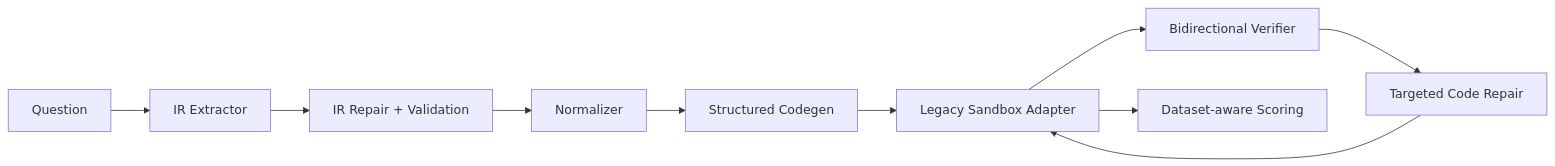
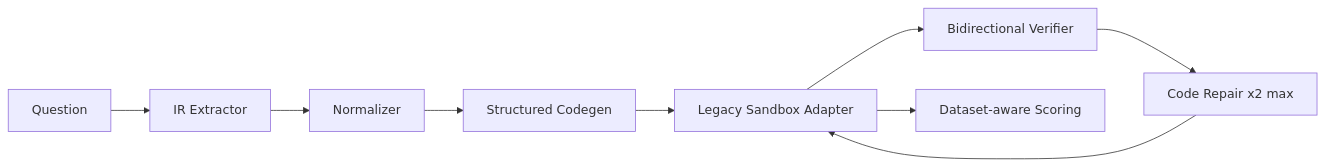
One commit to tapu25z/symcode changed the diagram in new-method/BENCHMARK_PLAN.md. Above: the diagram before and after it, drawn with Mermaid. The commit also changed other lines of this file and 11 other files, not shown here.

````diff
--- a/new-method/BENCHMARK_PLAN.md
+++ b/new-method/BENCHMARK_PLAN.md
@@ -7,12 +7,11 @@
 ```mermaid
 flowchart LR
     Q[Question] --> E[IR Extractor]
-    E --> R[IR Repair + Validation]
-    R --> N[Normalizer]
+    E --> N[Normalizer]
     N --> C[Structured Codegen]
     C --> X[Legacy Sandbox Adapter]
     X --> V[Bidirectional Verifier]
-    V --> D[Targeted Code Repair]
+    V --> D[Code Repair x2 max]
     D --> X
     X --> S[Dataset-aware Scoring]
 ```
````
